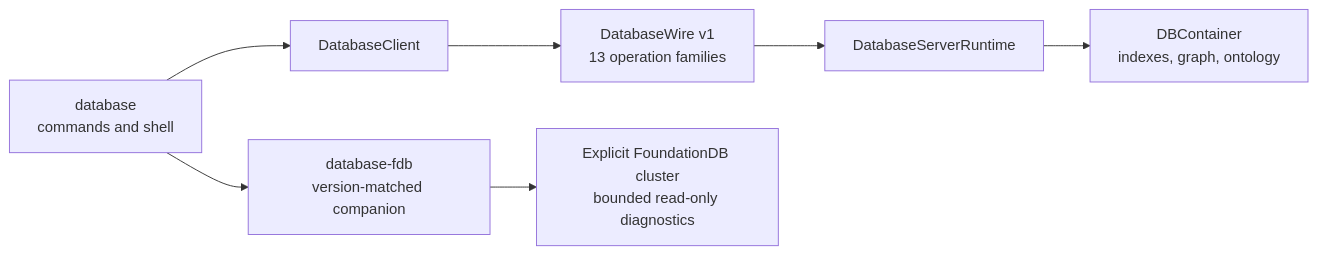
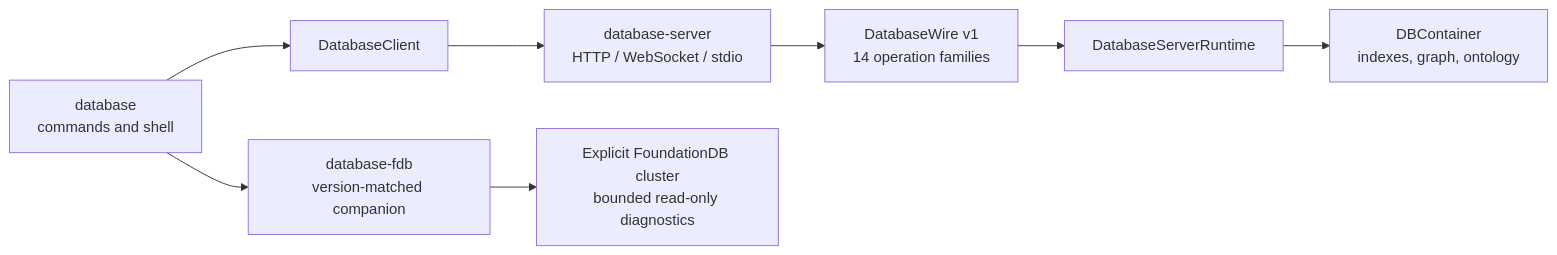
Before and after one commit to 1amageek/database-cli: the diagram in README.md, drawn with Mermaid. The commit also changed other lines of this file and 51 other files, not shown here.

````diff
--- a/README.md
+++ b/README.md
@@ -10,10 +10,11 @@
 ```mermaid
 flowchart LR
     CLI["database<br/>commands and shell"] --> Client["DatabaseClient"]
-    Client --> Wire["DatabaseWire v1<br/>13 operation families"]
+    Client --> Host["database-server<br/>HTTP / WebSocket / stdio"]
+    Host --> Wire["DatabaseWire v1<br/>14 operation families"]
     Wire --> Runtime["DatabaseServerRuntime"]
     Runtime --> Container["DBContainer<br/>indexes, graph, ontology"]
 
     CLI --> Helper["database-fdb<br/>version-matched companion"]
     Helper --> FDB["Explicit FoundationDB cluster<br/>bounded read-only diagnostics"]
 ```
````
